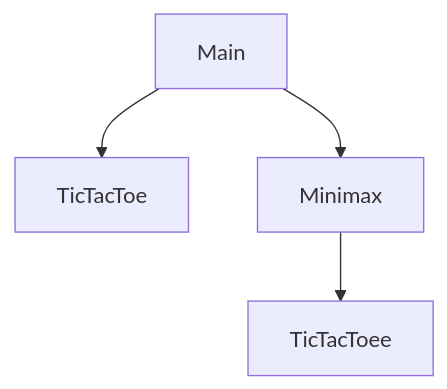
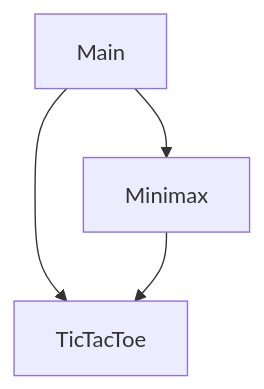
The diagram in README.md (ioannistorn/Artificial-Intellligence), drawn with Mermaid before and after one commit.

````diff
--- a/README.md
+++ b/README.md
@@ -72,6 +72,6 @@
 ```mermaid
 graph TD
     Main --> TicTacToe
     Main --> Minimax
-    Minimax --> TicTacToee
+    Minimax --> TicTacToe
 ```
````
